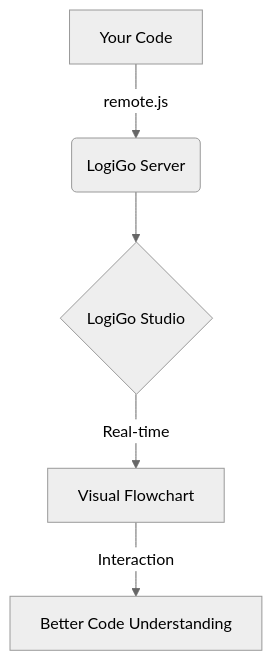
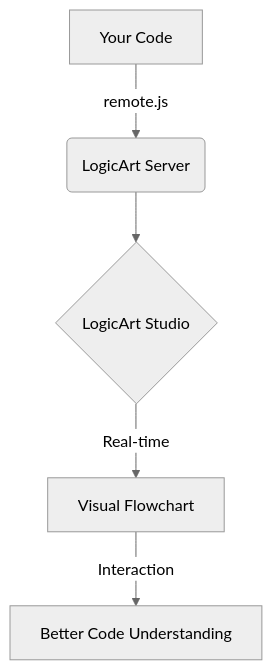
One commit to JPaulGrayson/Logicart changed the first of 3 diagrams in docs/GETTING_STARTED.md. Above: the diagram before and after it, drawn with Mermaid (neutral theme). The commit also changed other lines of this file and 7 other files, not shown here.

````diff
--- a/docs/GETTING_STARTED.md
+++ b/docs/GETTING_STARTED.md
@@ -5,7 +5,7 @@
 ```mermaid
 graph TD
-    A["Your Code"] -->|remote.js| B("LogiGo Server")
-    B --> C{"LogiGo Studio"}
+    A["Your Code"] -->|remote.js| B("LogicArt Server")
+    B --> C{"LogicArt Studio"}
     C -->|Real-time| D["Visual Flowchart"]
     D -->|Interaction| E["Better Code Understanding"]
 ```
````
